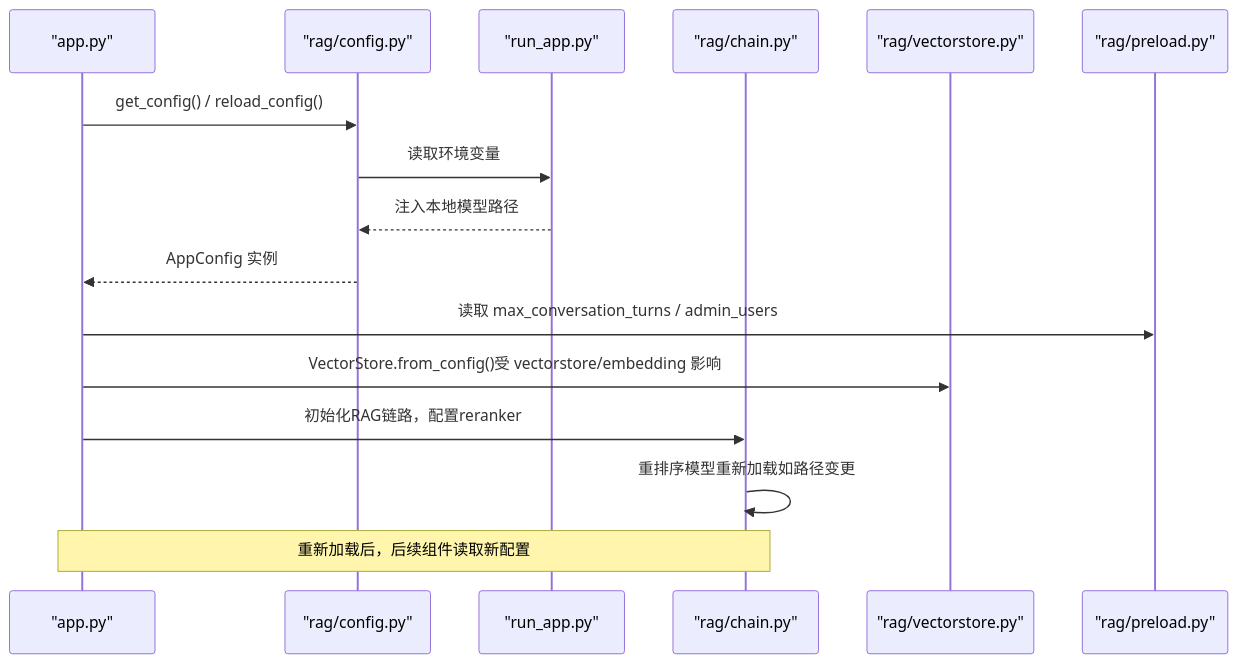
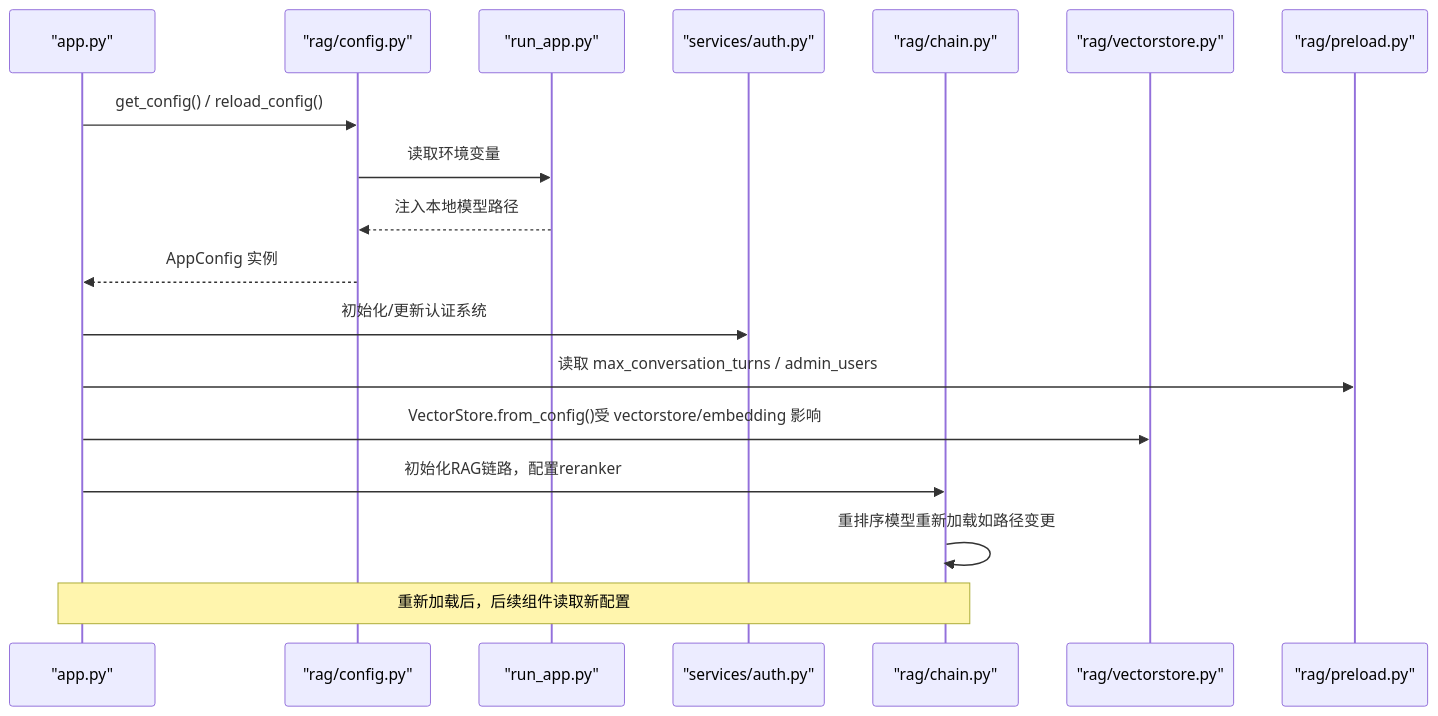
The fifth of 6 diagrams in .qoder/repowiki/zh/content/RAG核心引擎/配置管理系统.md (joyafa/knowledge), drawn with Mermaid before and after one commit. The commit also changed other lines of this file and 16 other files, not shown here.

````diff
--- a/.qoder/repowiki/zh/content/RAG核心引擎/配置管理系统.md
+++ b/.qoder/repowiki/zh/content/RAG核心引擎/配置管理系统.md
@@ -288,18 +329,20 @@
 ```mermaid
 sequenceDiagram
 participant APP as "app.py"
 participant CFG as "rag/config.py"
 participant RUNTIME as "run_app.py"
+participant AUTH as "services/auth.py"
 participant CHAIN as "rag/chain.py"
 participant VS as "rag/vectorstore.py"
 participant PRE as "rag/preload.py"
 APP->>CFG : get_config() / reload_config()
 CFG->>RUNTIME : 读取环境变量
 RUNTIME-->>CFG : 注入本地模型路径
 CFG-->>APP : AppConfig 实例
+APP->>AUTH : 初始化/更新认证系统
 APP->>PRE : 读取 max_conversation_turns / admin_users
 APP->>VS : VectorStore.from_config()受 vectorstore/embedding 影响
 APP->>CHAIN : 初始化RAG链路，配置reranker
 CHAIN->>CHAIN : 重排序模型重新加载如路径变更
 Note over APP,CHAIN : 重新加载后，后续组件读取新配置
 ```
````
